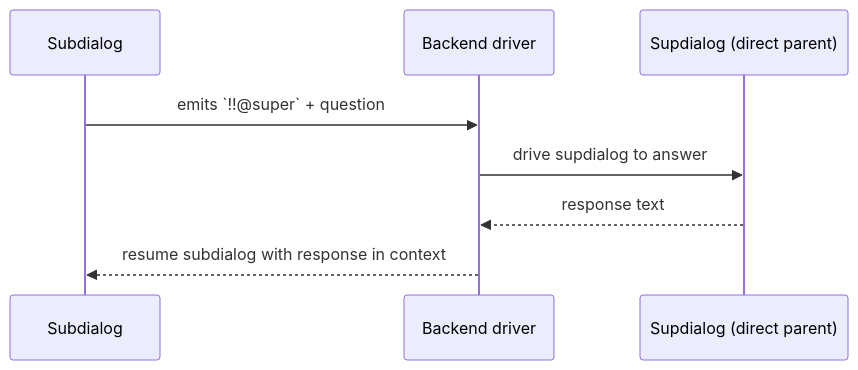
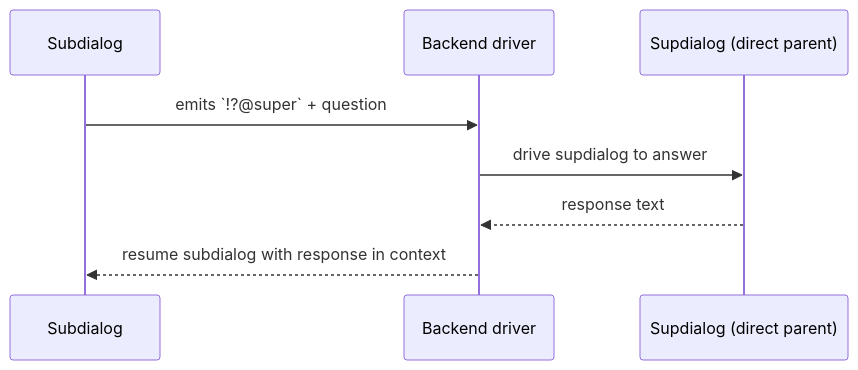
Before and after one commit to longrun-ai/dominds: diagram 11 of 18 in docs/dialog-system.md, drawn with Mermaid. The commit also changed other lines of this file and 55 other files, not shown here.

````diff
--- a/docs/dialog-system.md
+++ b/docs/dialog-system.md
@@ -1120,11 +1111,11 @@
 ```mermaid
 sequenceDiagram
   participant Sub as Subdialog
   participant Driver as Backend driver
   participant Sup as Supdialog (direct parent)
 
-  Sub->>Driver: emits `!!@super` + question
+  Sub->>Driver: emits `!?@super` + question
   Driver->>Sup: drive supdialog to answer
   Sup-->>Driver: response text
   Driver-->>Sub: resume subdialog with response in context
 ```
````
